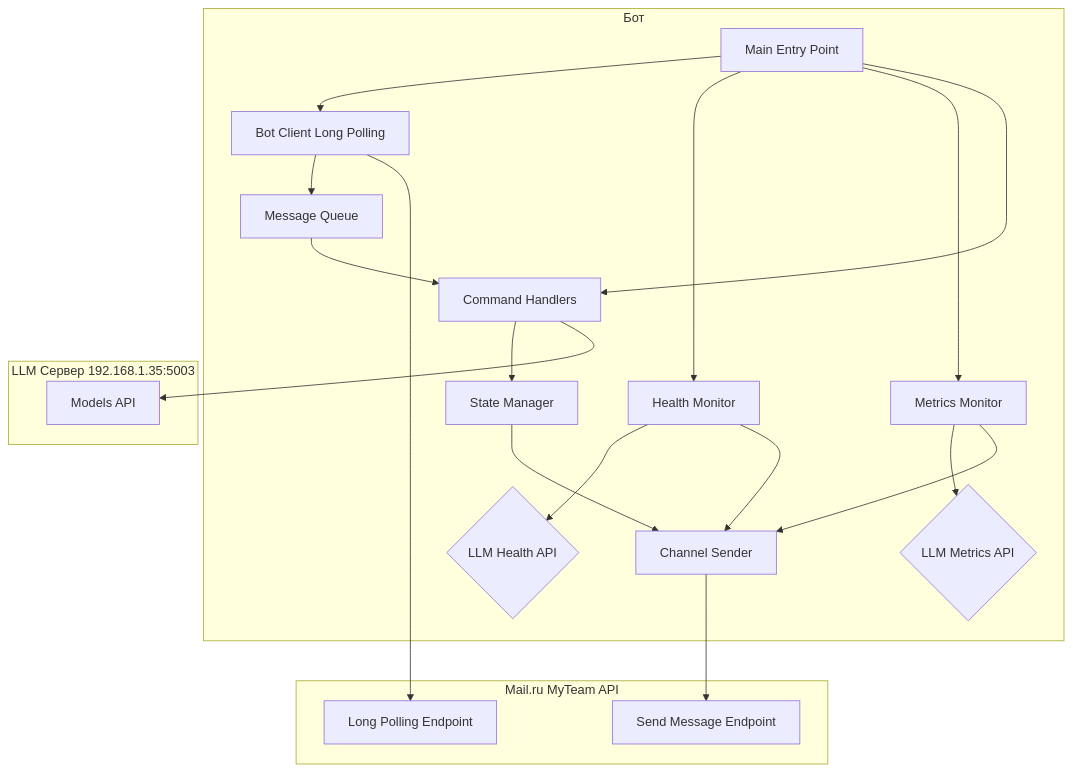
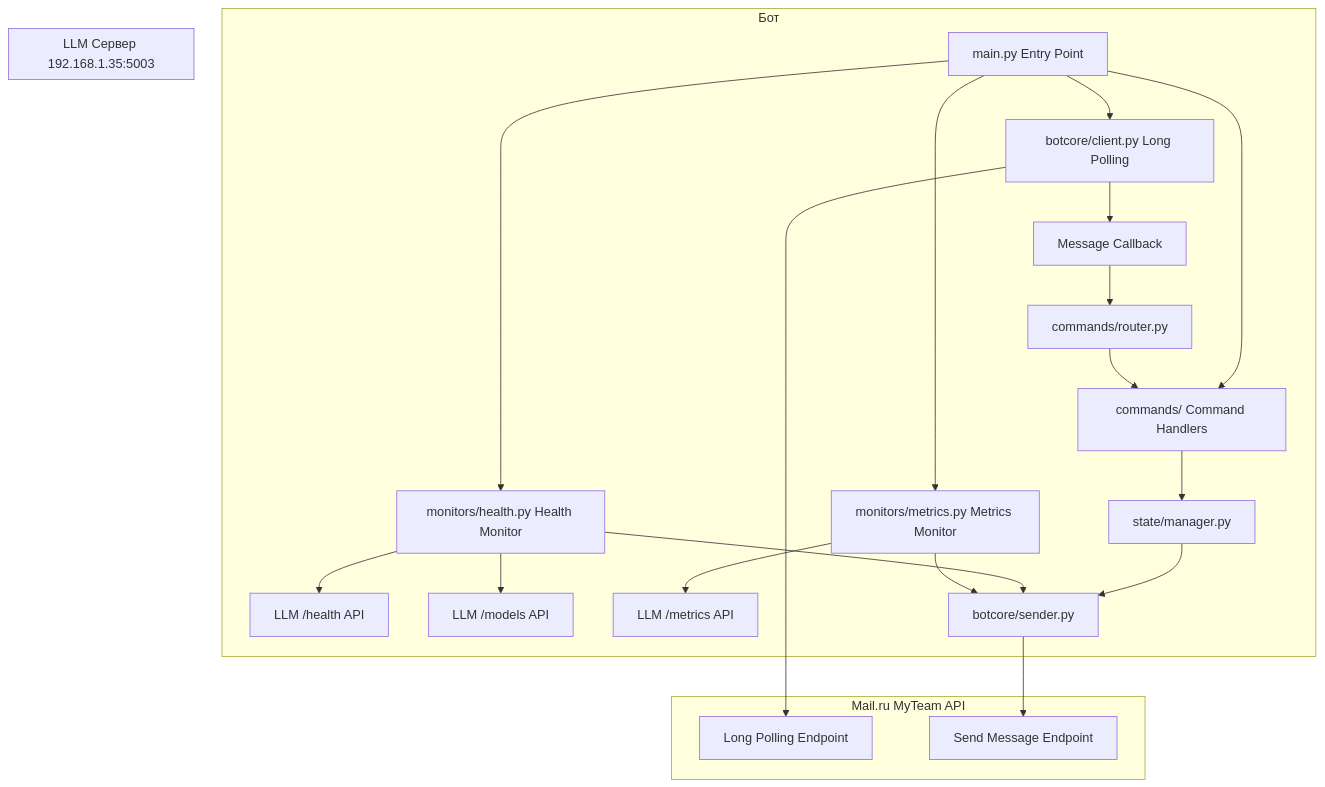
Before and after one commit to Vorpholomey/llm-bot: the first of 3 diagrams in plans/architecture.md, drawn with Mermaid. The commit also changed other lines of this file and 13 other files, not shown here.

````diff
--- a/plans/architecture.md
+++ b/plans/architecture.md
@@ -9,35 +9,36 @@
 ```mermaid
 graph TB
     subgraph Бот
-        A[Main Entry Point] --> B[Bot Client Long Polling]
-        A --> C[Health Monitor]
-        A --> D[Metrics Monitor]
-        A --> E[Command Handlers]
-        
-        B --> F[Message Queue]
-        F --> E
-        
-        C --> G{LLM Health API}
-        D --> H{LLM Metrics API}
-        E --> I[State Manager]
-        
-        I --> J[Channel Sender]
-        C --> J
-        D --> J
+        A[main.py Entry Point] --> B[botcore/client.py Long Polling]
+        A --> C[monitors/health.py Health Monitor]
+        A --> D[monitors/metrics.py Metrics Monitor]
+        A --> E[commands/ Command Handlers]
+
+        B --> F[Message Callback]
+        F --> G[commands/router.py]
+        G --> E
+
+        C --> H[LLM /health API]
+        C --> I[LLM /models API]
+        D --> J[LLM /metrics API]
+        E --> K[state/manager.py]
+
+        K --> L[botcore/sender.py]
+        C --> L
+        D --> L
     end
-    
+
     subgraph LLM Сервер 192.168.1.35:5003
-        G
         H
-        K[Models API]
+        I
+        J
     end
-    
+
     subgraph Mail.ru MyTeam API
-        L[Long Polling Endpoint]
-        M[Send Message Endpoint]
+        M[Long Polling Endpoint]
+        N[Send Message Endpoint]
     end
-    
-    B --> L
-    J --> M
-    E --> K
+
+    B --> M
+    L --> N
 ```
````
